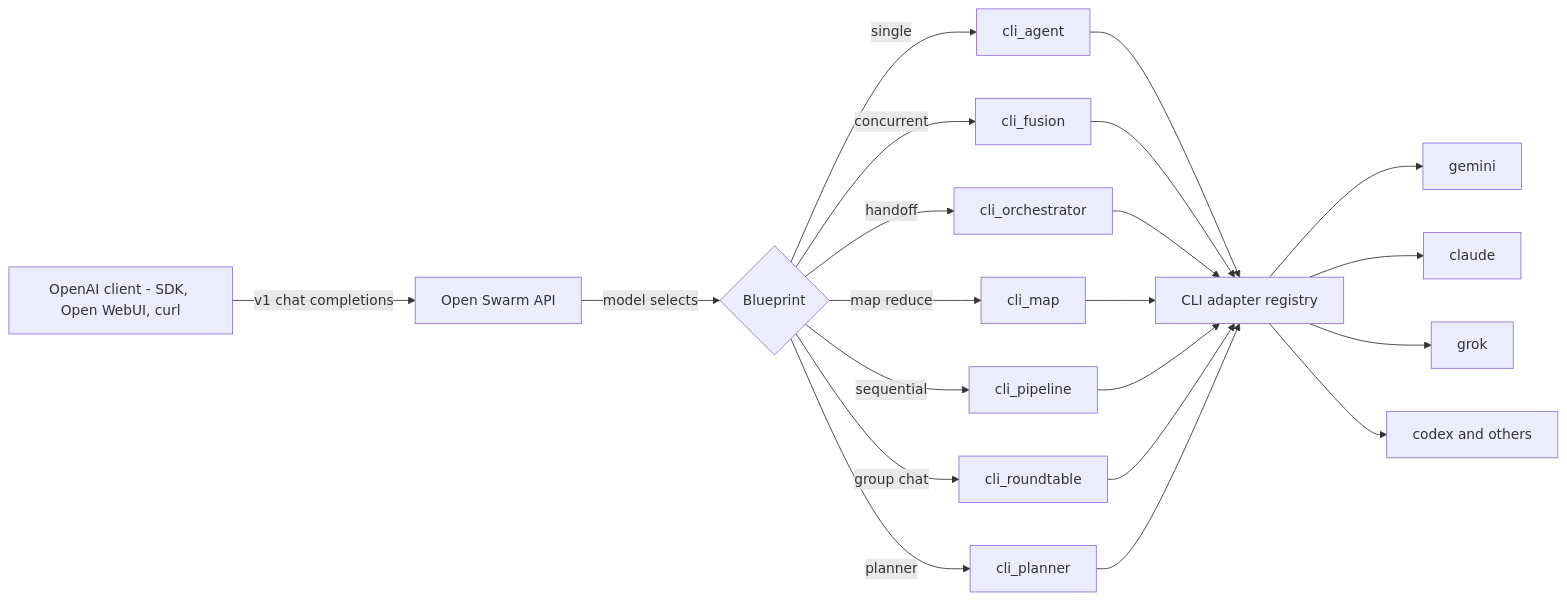
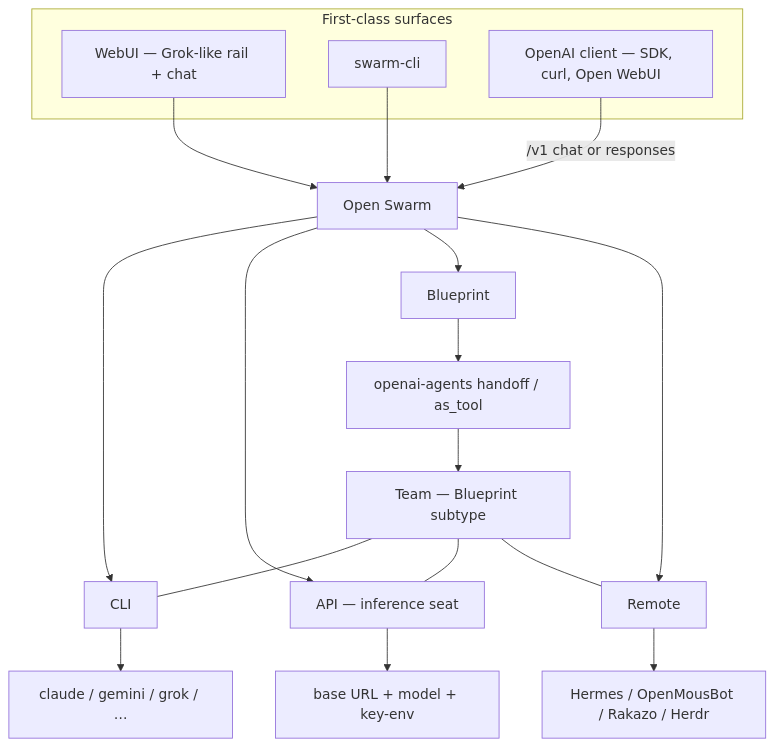
The diagram in docs/VISION.md (matthewhand/open-swarm), drawn with Mermaid before and after one commit. The commit also changed other lines of this file, not shown here.

First line of the commit message:
docs: rewrite VISION.md to current kinds, WebUI, and remotes (Fixes #772)

````diff
--- a/docs/VISION.md
+++ b/docs/VISION.md
@@ -138,23 +208,24 @@
 ```mermaid
-flowchart LR
-    Client["OpenAI client - SDK, Open WebUI, curl"] -->|v1 chat completions| API[Open Swarm API]
-    API -->|model selects| BP{Blueprint}
-    BP -->|single| A[cli_agent]
-    BP -->|concurrent| F[cli_fusion]
-    BP -->|handoff| O[cli_orchestrator]
-    BP -->|map reduce| M[cli_map]
-    BP -->|sequential| P[cli_pipeline]
-    BP -->|group chat| R[cli_roundtable]
-    BP -->|planner| PL[cli_planner]
-    A --> REG[CLI adapter registry]
-    F --> REG
-    O --> REG
-    M --> REG
-    P --> REG
-    R --> REG
-    PL --> REG
-    REG --> g[gemini]
-    REG --> c[claude]
-    REG --> k[grok]
-    REG --> x[codex and others]
+flowchart TB
+  subgraph surfaces [First-class surfaces]
+    UI["WebUI — Grok-like rail + chat"]
+    CLI_UX["swarm-cli"]
+    CLIENT["OpenAI client — SDK, curl, Open WebUI"]
+  end
+  OS[Open Swarm]
+  UI --> OS
+  CLI_UX --> OS
+  CLIENT -->|"/v1 chat or responses"| OS
+  OS --> KCLI[CLI]
+  OS --> KAPI["API — inference seat"]
+  OS --> KBP[Blueprint]
+  OS --> KREM[Remote]
+  KBP --> Graph["openai-agents handoff / as_tool"]
+  Graph --> Team["Team — Blueprint subtype"]
+  Team --- KCLI
+  Team --- KAPI
+  Team --- KREM
+  KCLI --> Host["claude / gemini / grok / …"]
+  KAPI --> Infer["base URL + model + key-env"]
+  KREM --> Impl["Hermes / OpenMousBot / Rakazo / Herdr"]
 ```
````
